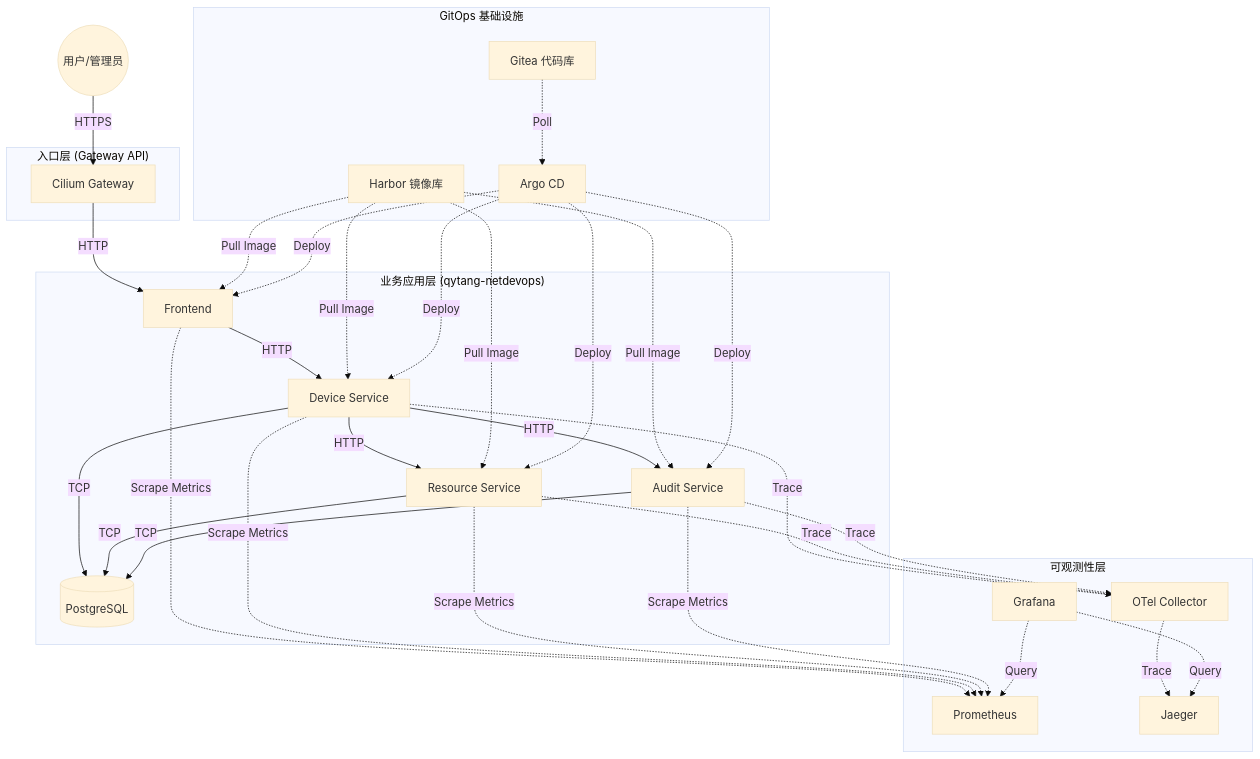
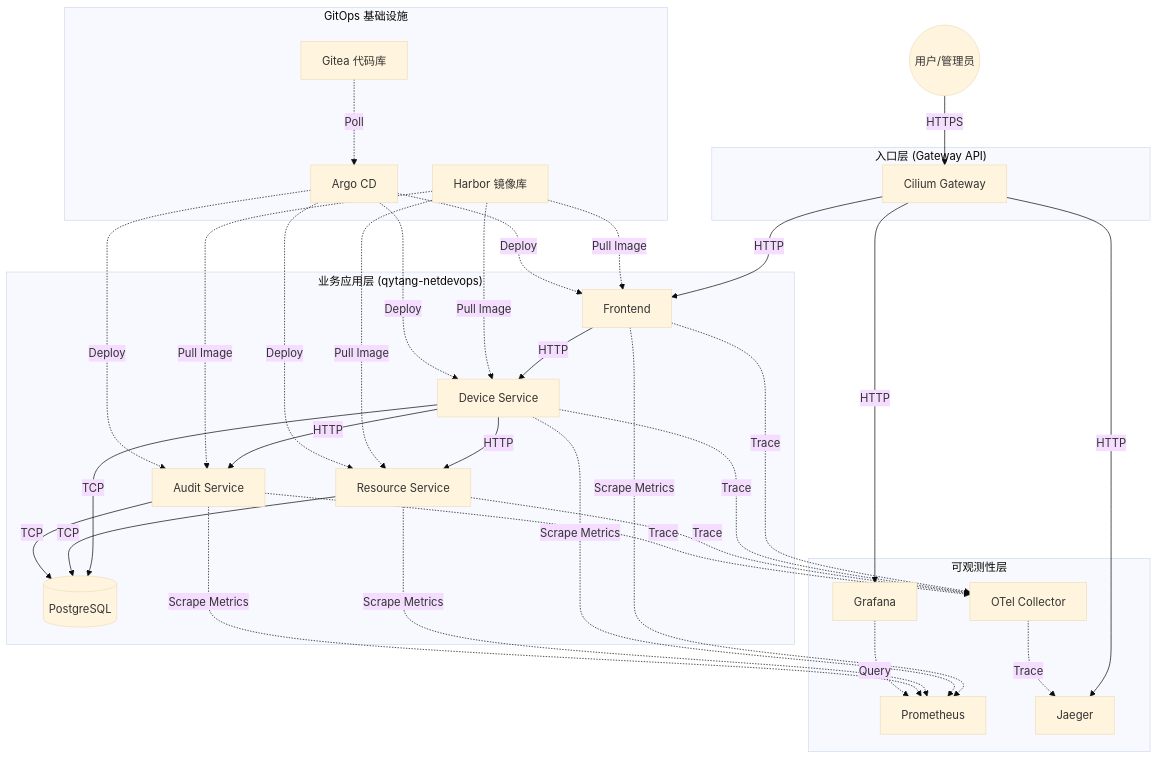
The diagram in FINAL_SHOWCASE.md (hwang-protocol/docker_k8s_2026), drawn with Mermaid (base theme) before and after one commit. The commit also changed other lines of this file and 31 other files, not shown here.

````diff
--- a/FINAL_SHOWCASE.md
+++ b/FINAL_SHOWCASE.md
@@ -199,62 +201,64 @@
 ```mermaid
 flowchart TD
     User((用户/管理员))
     
     subgraph "入口层 (Gateway API)"
         Gateway[Cilium Gateway]
     end
     
     subgraph "业务应用层 (qytang-netdevops)"
         Frontend[Frontend]
         Device[Device Service]
         Resource[Resource Service]
         Audit[Audit Service]
         DB[(PostgreSQL)]
     end
     
     subgraph "可观测性层"
         Prometheus[Prometheus]
         Grafana[Grafana]
         OTel[OTel Collector]
         Jaeger[Jaeger]
     end
     
     subgraph "GitOps 基础设施"
         Gitea[Gitea 代码库]
         Harbor[Harbor 镜像库]
         ArgoCD[Argo CD]
     end
 
     %% 业务流量
     User -- HTTPS --> Gateway
     Gateway -- HTTP --> Frontend
+    Gateway -- HTTP --> Grafana
+    Gateway -- HTTP --> Jaeger
     Frontend -- HTTP --> Device
     Device -- HTTP --> Resource
     Device -- HTTP --> Audit
     Device -- TCP --> DB
     Resource -- TCP --> DB
     Audit -- TCP --> DB
 
     %% 观测数据流
+    Frontend -. Trace .-> OTel
     Device -. Trace .-> OTel
     Resource -. Trace .-> OTel
     Audit -. Trace .-> OTel
     OTel -. Trace .-> Jaeger
     Frontend -. Scrape Metrics .-> Prometheus
     Device -. Scrape Metrics .-> Prometheus
     Resource -. Scrape Metrics .-> Prometheus
     Audit -. Scrape Metrics .-> Prometheus
     Grafana -. Query .-> Prometheus
-    Grafana -. Query .-> Jaeger
 
     %% GitOps 数据流
     Gitea -. Poll .-> ArgoCD
     Harbor -. Pull Image .-> Frontend
     Harbor -. Pull Image .-> Device
     Harbor -. Pull Image .-> Resource
     Harbor -. Pull Image .-> Audit
     ArgoCD -. Deploy .-> Frontend
     ArgoCD -. Deploy .-> Device
     ArgoCD -. Deploy .-> Resource
     ArgoCD -. Deploy .-> Audit
 ```
````
